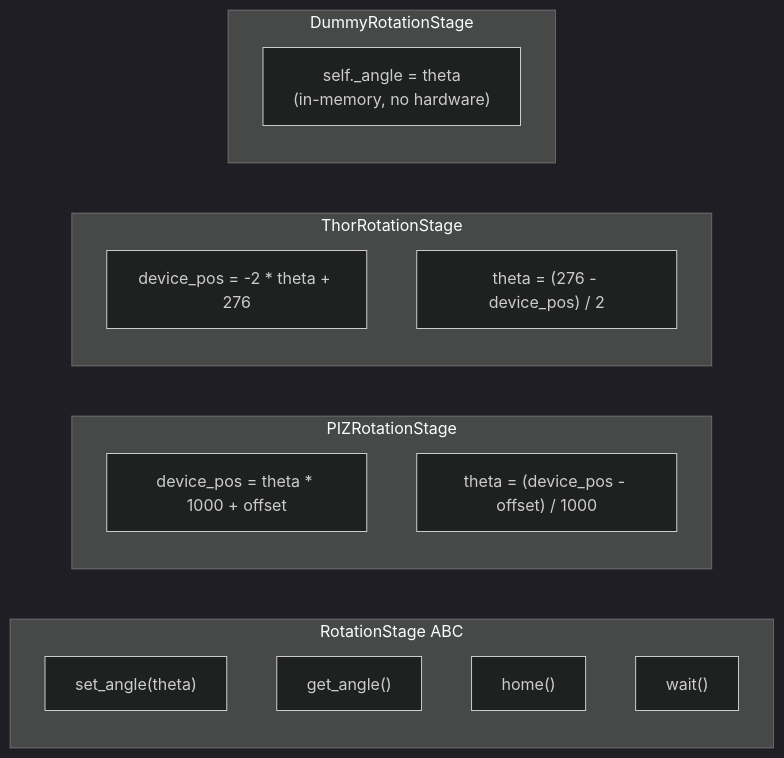
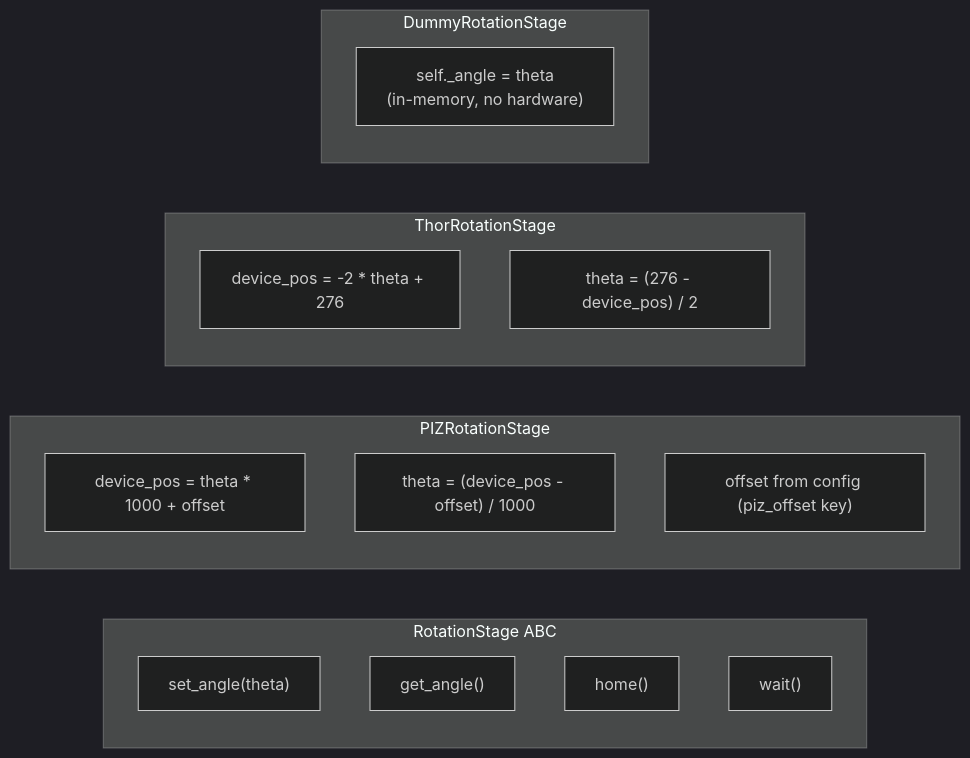
One commit to uw-loci/qupath-extension-qpsc changed the fifth of 7 diagrams in documentation/developer/HARDWARE_ABSTRACTION.md. Above: the diagram before and after it, drawn with Mermaid (dark theme). The commit also changed other lines of this file and 12 other files, not shown here.

````diff
--- a/documentation/developer/HARDWARE_ABSTRACTION.md
+++ b/documentation/developer/HARDWARE_ABSTRACTION.md
@@ -237,23 +397,24 @@
 ```mermaid
 graph LR
     subgraph "RotationStage ABC"
         SA["set_angle(theta)"]
         GA["get_angle()"]
         HM["home()"]
         WT["wait()"]
     end
 
     subgraph "PIZRotationStage"
         P1["device_pos = theta * 1000 + offset"]
         P2["theta = (device_pos - offset) / 1000"]
+        P3["offset from config (piz_offset key)"]
     end
 
     subgraph "ThorRotationStage"
         T1["device_pos = -2 * theta + 276"]
         T2["theta = (276 - device_pos) / 2"]
     end
 
     subgraph "DummyRotationStage"
         D1["self._angle = theta<br/>(in-memory, no hardware)"]
     end
 ```
````
